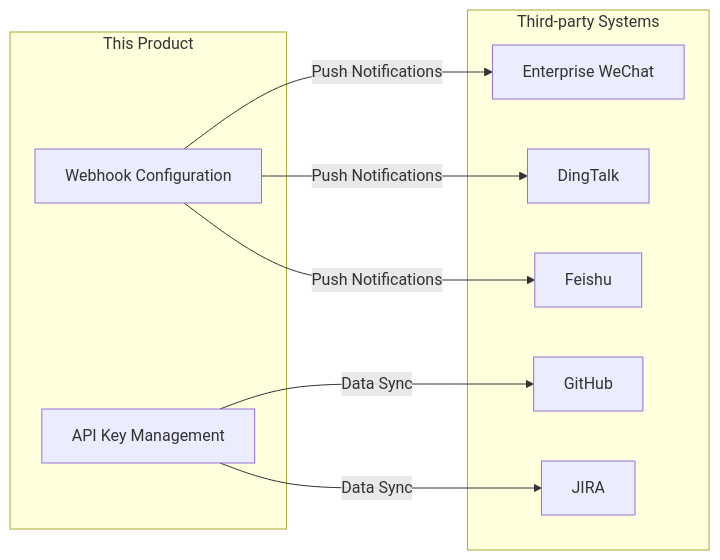
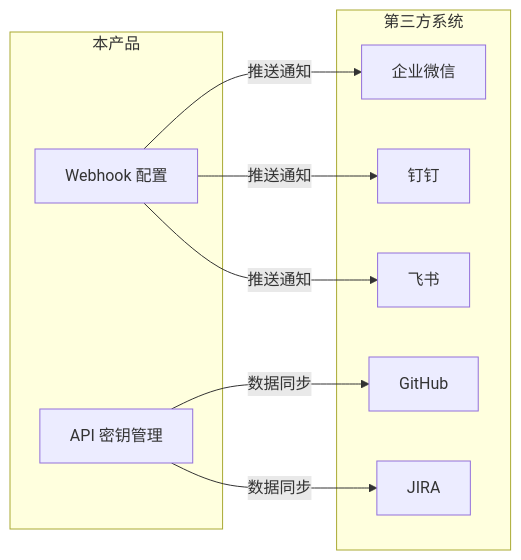
The sixth of 7 diagrams in templates/Product/Operations/Template-User-Guide.md (Kirky-X/cangjie), drawn with Mermaid before and after one commit. The commit also changed other lines of this file and 33 other files, not shown here.

````diff
--- a/templates/Product/Operations/Template-User-Guide.md
+++ b/templates/Product/Operations/Template-User-Guide.md
@@ -380,21 +393,21 @@
 ```mermaid
 flowchart LR
-    subgraph This Product
-        A[Webhook Configuration]
-        B[API Key Management]
+    subgraph 本产品
+        A[Webhook 配置]
+        B[API 密钥管理]
     end
 
-    subgraph Third-party Systems
-        C1[Enterprise WeChat]
-        C2[DingTalk]
-        C3[Feishu]
+    subgraph 第三方系统
+        C1[企业微信]
+        C2[钉钉]
+        C3[飞书]
         C4[GitHub]
         C5[JIRA]
     end
 
-    A -->|Push Notifications| C1
-    A -->|Push Notifications| C2
-    A -->|Push Notifications| C3
-    B -->|Data Sync| C4
-    B -->|Data Sync| C5
+    A -->|推送通知| C1
+    A -->|推送通知| C2
+    A -->|推送通知| C3
+    B -->|数据同步| C4
+    B -->|数据同步| C5
 ```
````
